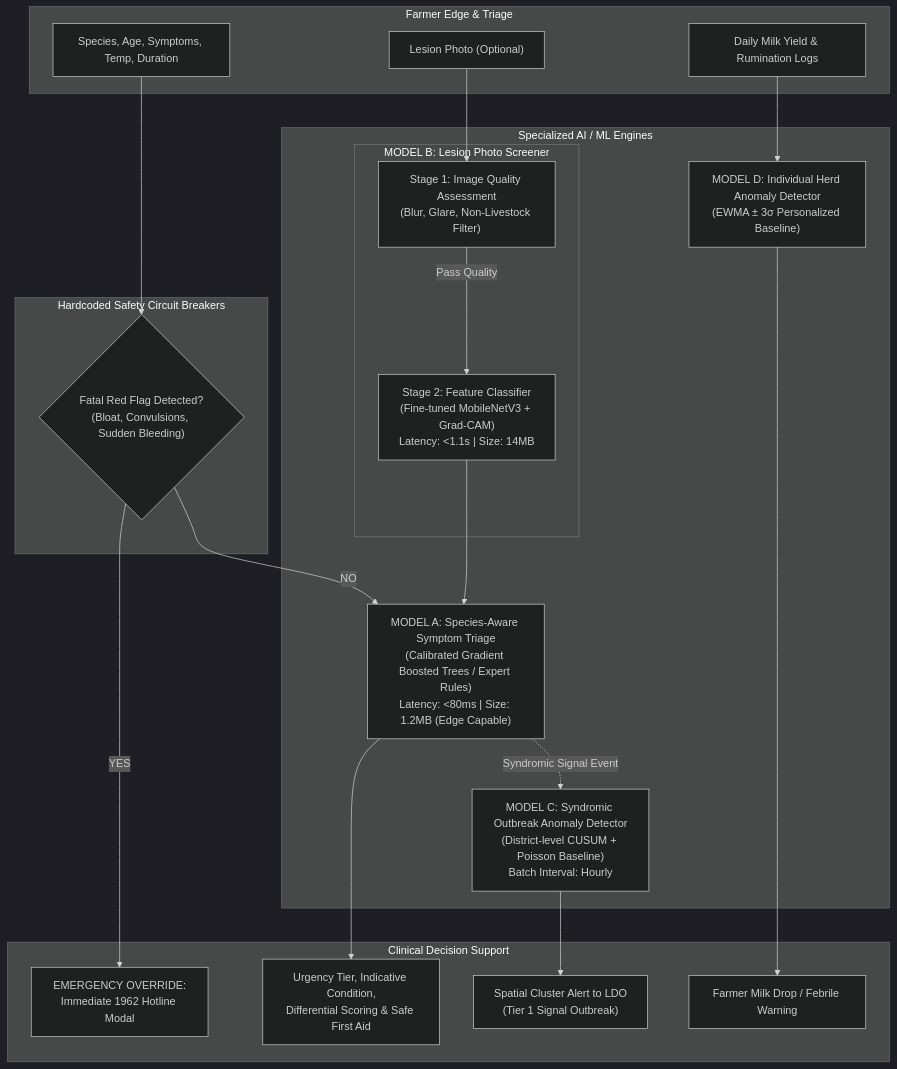
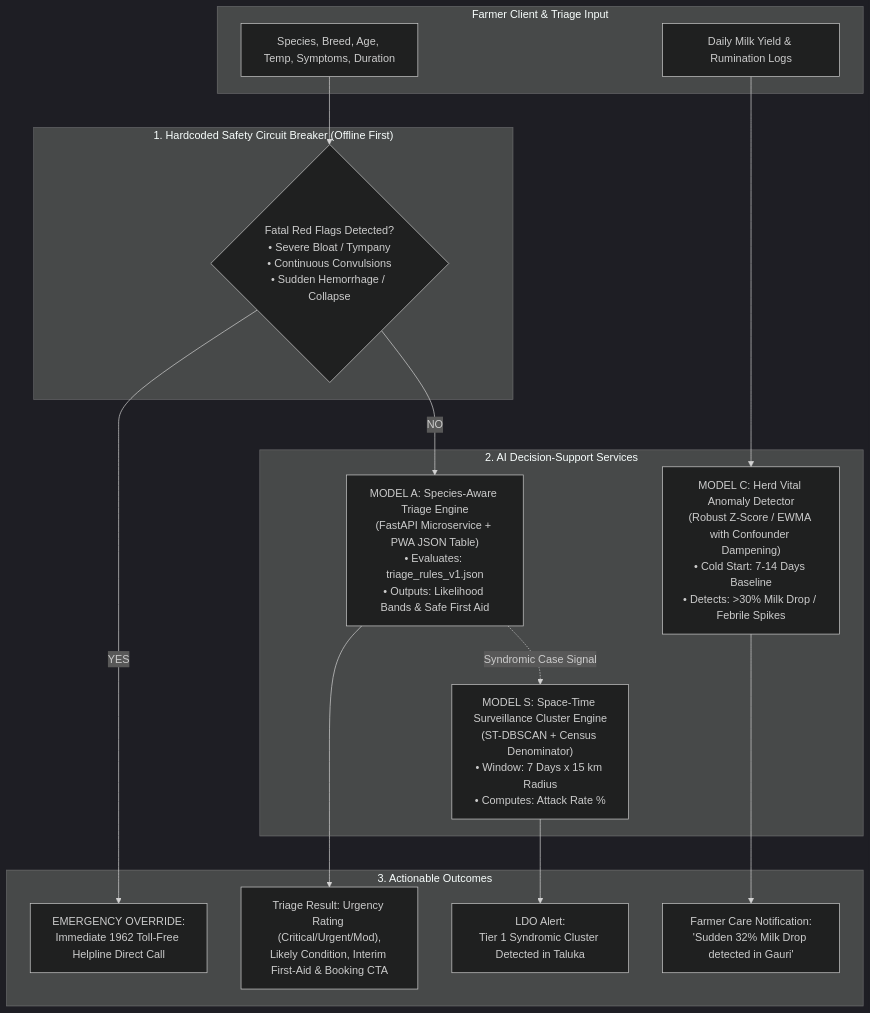
The first of 2 diagrams in ML_AI_SYSTEM_PLAN.md (chetanbhagore/PashuSachet), drawn with Mermaid (dark theme) before and after one commit. The commit also changed other lines of this file, not shown here.

Commit message:
Revise ML plan: V1 scoped, zero unvalidated confidence, under-triage metrics, ST-DBSCAN, cold-start vitals

````diff
--- a/ML_AI_SYSTEM_PLAN.md
+++ b/ML_AI_SYSTEM_PLAN.md
@@ -14,47 +25,37 @@
 ```mermaid
 flowchart TD
-    subgraph FarmerInput["Farmer Edge & Triage"]
-        InpSymptoms["Species, Age, Symptoms, Temp, Duration"]
-        InpPhoto["Lesion Photo (Optional)"]
+    subgraph FarmerClient["Farmer Client & Triage Input"]
+        InpSymptoms["Species, Breed, Age, Temp, Symptoms, Duration"]
         InpVitals["Daily Milk Yield & Rumination Logs"]
     end
 
-    subgraph SafetyCircuits["Hardcoded Safety Circuit Breakers"]
-        RedFlagCheck{"Fatal Red Flag Detected?\n(Bloat, Convulsions, Sudden Bleeding)"}
+    subgraph CircuitBreaker["1. Hardcoded Safety Circuit Breaker (Offline First)"]
+        RedFlagCheck{"Fatal Red Flags Detected?\n• Severe Bloat / Tympany\n• Continuous Convulsions\n• Sudden Hemorrhage / Collapse"}
     end
 
-    subgraph ModelPipelines["Specialized AI / ML Engines"]
-        ModelA["MODEL A: Species-Aware Symptom Triage\n(Calibrated Gradient Boosted Trees / Expert Rules)\nLatency: <80ms | Size: 1.2MB (Edge Capable)"]
+    subgraph InferenceEngines["2. AI Decision-Support Services"]
+        TriageEngine["MODEL A: Species-Aware Triage Engine\n(FastAPI Microservice + PWA JSON Table)\n• Evaluates: triage_rules_v1.json\n• Outputs: Likelihood Bands & Safe First Aid"]
         
-        subgraph VisionPipeline["MODEL B: Lesion Photo Screener"]
-            Stage1["Stage 1: Image Quality Assessment\n(Blur, Glare, Non-Livestock Filter)"]
-            Stage2["Stage 2: Feature Classifier\n(Fine-tuned MobileNetV3 + Grad-CAM)\nLatency: <1.1s | Size: 14MB"]
-            Stage1 -->|Pass Quality| Stage2
-        end
+        VitalAnomaly["MODEL C: Herd Vital Anomaly Detector\n(Robust Z-Score / EWMA with Confounder Dampening)\n• Cold Start: 7-14 Days Baseline\n• Detects: >30% Milk Drop / Febrile Spikes"]
         
-        ModelC["MODEL C: Syndromic Outbreak Anomaly Detector\n(District-level CUSUM + Poisson Baseline)\nBatch Interval: Hourly"]
-        
-        ModelD["MODEL D: Individual Herd Anomaly Detector\n(EWMA ± 3σ Personalized Baseline)"]
+        SurveillanceCluster["MODEL S: Space-Time Surveillance Cluster Engine\n(ST-DBSCAN + Census Denominator)\n• Window: 7 Days x 15 km Radius\n• Computes: Attack Rate %"]
     end
 
-    subgraph Outputs["Clinical Decision Support"]
-        EmergencyInter["EMERGENCY OVERRIDE:\nImmediate 1962 Hotline Modal"]
-        TriageOutput["Urgency Tier, Indicative Condition,\nDifferential Scoring & Safe First Aid"]
-        GISAlert["Spatial Cluster Alert to LDO\n(Tier 1 Signal Outbreak)"]
-        FarmerAlert["Farmer Milk Drop / Febrile Warning"]
+    subgraph Outputs["3. Actionable Outcomes"]
+        EmergencyModal["EMERGENCY OVERRIDE:\nImmediate 1962 Toll-Free Helpline Direct Call"]
+        TriageResultCard["Triage Result: Urgency Rating (Critical/Urgent/Mod),\nLikely Condition, Interim First-Aid & Booking CTA"]
+        FarmerAlert["Farmer Care Notification:\n'Sudden 32% Milk Drop detected in Gauri'"]
+        OfficerGIS["LDO Alert:\nTier 1 Syndromic Cluster Detected in Taluka"]
     end
 
     InpSymptoms --> RedFlagCheck
-    RedFlagCheck -->|YES| EmergencyInter
-    RedFlagCheck -->|NO| ModelA
+    RedFlagCheck -->|YES| EmergencyModal
+    RedFlagCheck -->|NO| TriageEngine
     
-    InpPhoto --> Stage1
-    Stage2 --> ModelA
-    
-    InpVitals --> ModelD
-    ModelD --> FarmerAlert
+    InpVitals --> VitalAnomaly
+    VitalAnomaly --> FarmerAlert
 
-    ModelA --> TriageOutput
-    ModelA -.->|Syndromic Signal Event| ModelC
-    ModelC --> GISAlert
+    TriageEngine --> TriageResultCard
+    TriageEngine -.->|Syndromic Case Signal| SurveillanceCluster
+    SurveillanceCluster --> OfficerGIS
 ```
````
